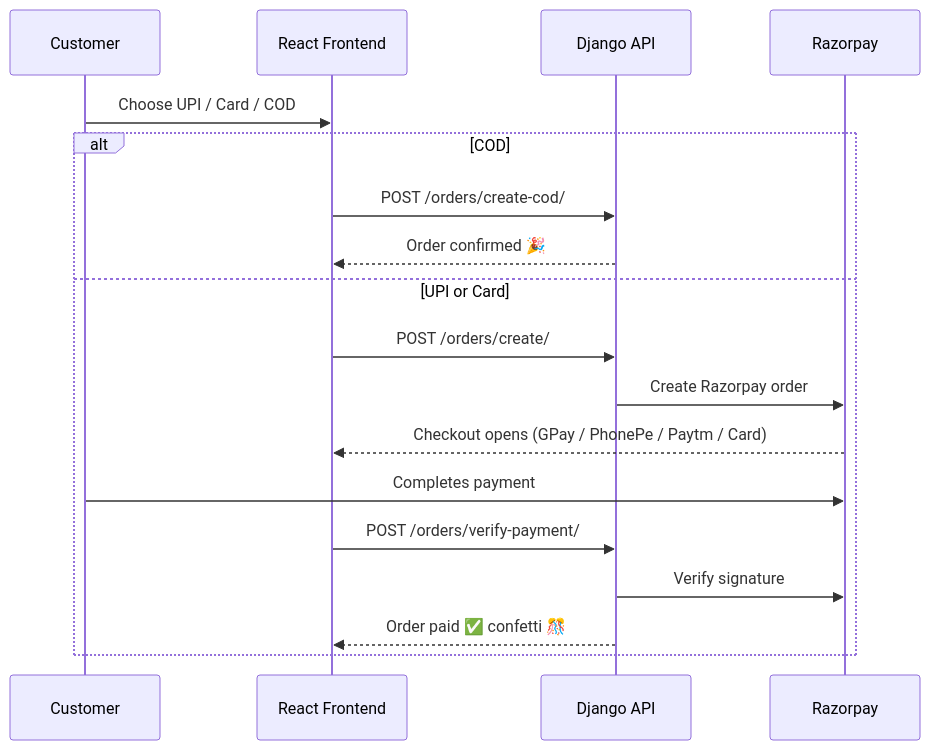
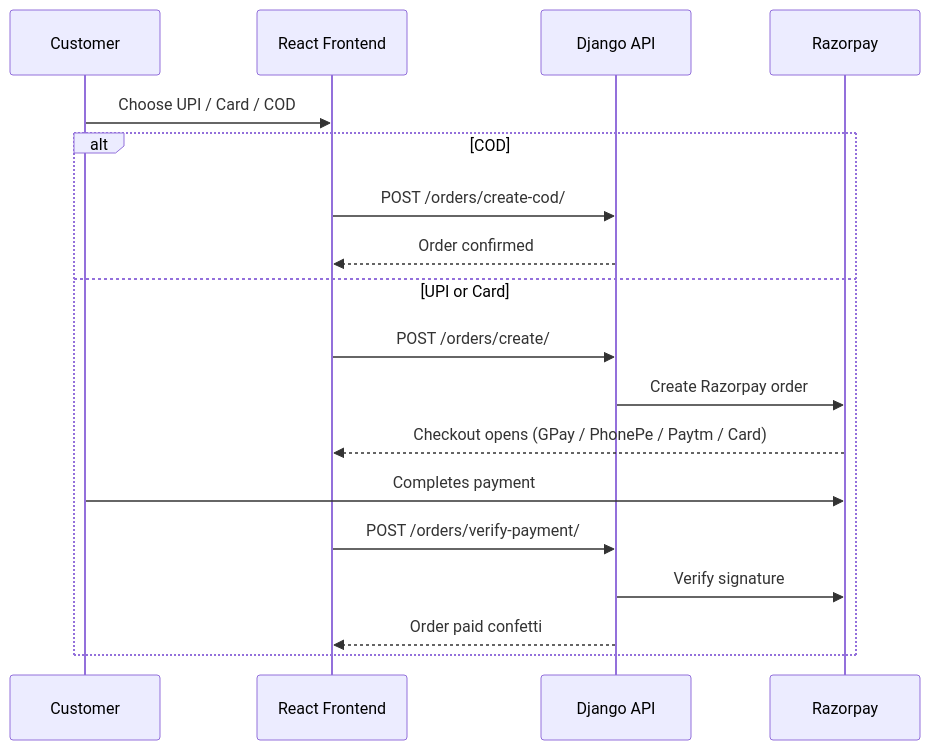
One commit to iamsaiteja/Solemate changed the second of 2 diagrams in README.md. Above: the diagram before and after it, drawn with Mermaid. The commit also changed other lines of this file, not shown here.

````diff
--- a/README.md
+++ b/README.md
@@ -89,21 +89,21 @@
 ```mermaid
 sequenceDiagram
     participant C as Customer
     participant F as React Frontend
     participant B as Django API
     participant R as Razorpay
 
     C->>F: Choose UPI / Card / COD
     alt COD
         F->>B: POST /orders/create-cod/
-        B-->>F: Order confirmed 🎉
+        B-->>F: Order confirmed 
     else UPI or Card
         F->>B: POST /orders/create/
         B->>R: Create Razorpay order
         R-->>F: Checkout opens (GPay / PhonePe / Paytm / Card)
         C->>R: Completes payment
         F->>B: POST /orders/verify-payment/
         B->>R: Verify signature
-        B-->>F: Order paid ✅ confetti 🎊
+        B-->>F: Order paid confetti 
     end
 ```
````
